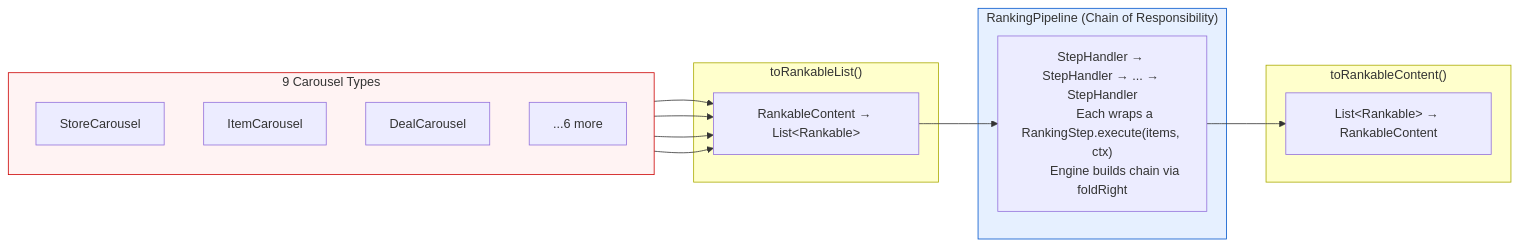
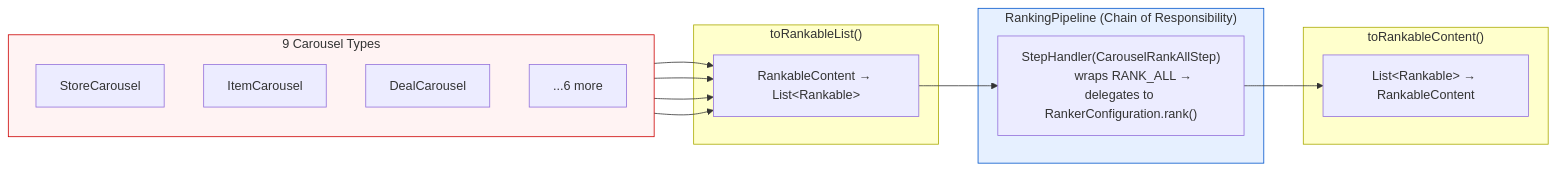
One commit to daniel-fonyo/dd-brain changed the first of 2 diagrams in unified-blending-platform/spec/rfc-abstraction-layer.md. Above: the diagram before and after it, drawn with Mermaid. The commit also changed other lines of this file, not shown here.

````diff
--- a/unified-blending-platform/spec/rfc-abstraction-layer.md
+++ b/unified-blending-platform/spec/rfc-abstraction-layer.md
@@ -146,38 +109,37 @@
 ```mermaid
 flowchart LR
     subgraph sources["9 Carousel Types"]
         direction TB
         T1["StoreCarousel"]
         T2["ItemCarousel"]
         T3["DealCarousel"]
         T4["...6 more"]
     end
 
     subgraph convert["toRankableList()"]
         A["RankableContent → List&lt;Rankable&gt;"]
     end
 
     T1 --> A
     T2 --> A
     T3 --> A
     T4 --> A
 
     subgraph pipeline["RankingPipeline (Chain of Responsibility)"]
-        ENG["StepHandler → StepHandler → ... → StepHandler
-        Each wraps a RankingStep.execute(items, ctx)
-        Engine builds chain via foldRight"]
+        ENG["StepHandler(CarouselRankAllStep)
+        wraps RANK_ALL → delegates to RankerConfiguration.rank()"]
     end
 
     A --> ENG
 
     subgraph writeback["toRankableContent()"]
         WB["List&lt;Rankable&gt; → RankableContent"]
     end
 
     ENG --> WB
 
     style sources fill:#fff3f3,stroke:#cc0000
     style convert fill:#ffffcc,stroke:#aaaa00
     style pipeline fill:#e6f0ff,stroke:#0055cc
     style writeback fill:#ffffcc,stroke:#aaaa00
 ```
````
